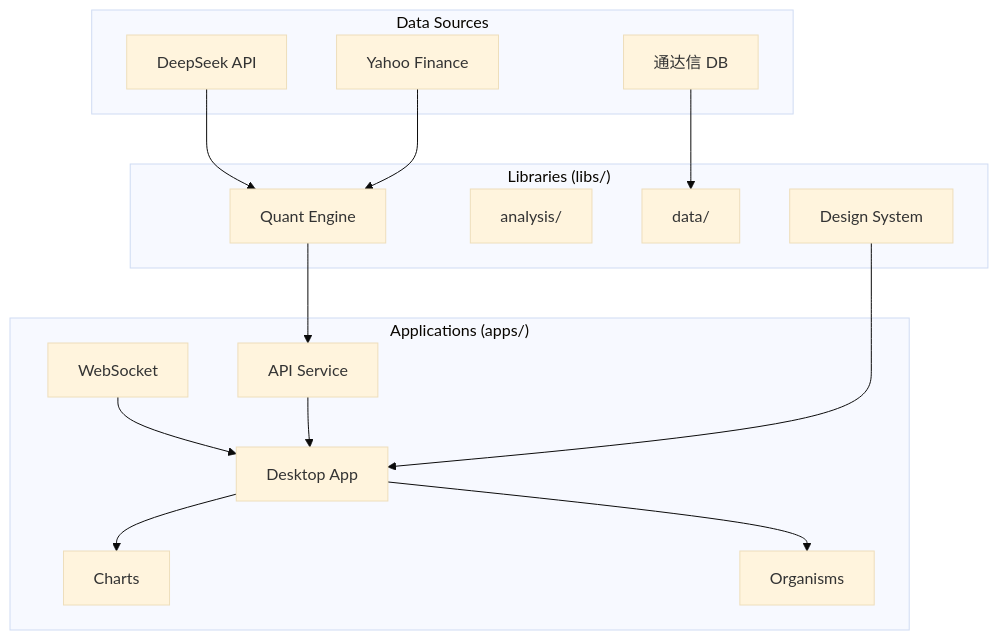
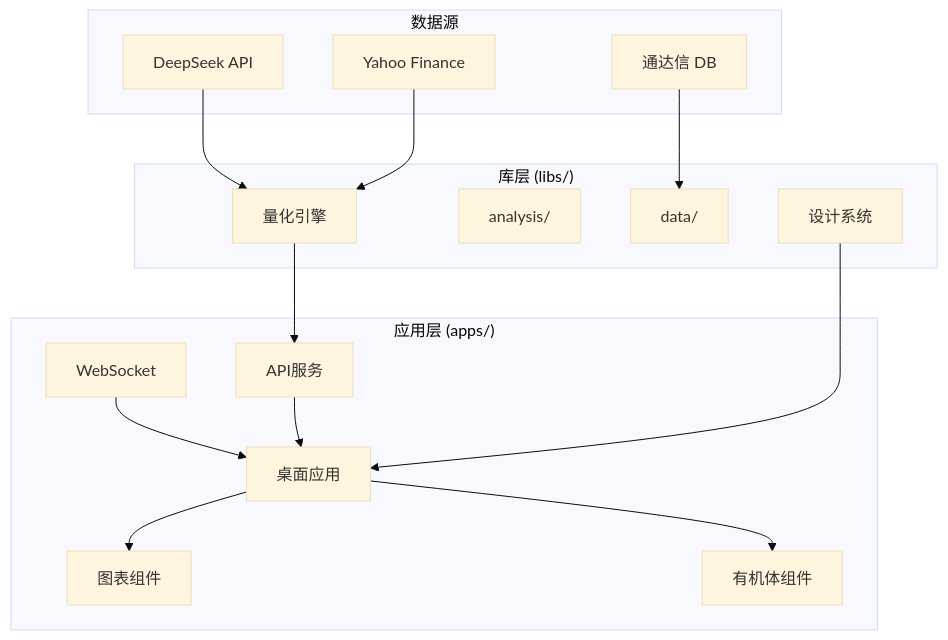
The first of 2 diagrams in memory_bank/t0_core/knowledge_graph.md (wsman/MY-DOGE-MACRO), drawn with Mermaid (base theme) before and after one commit. The commit also changed other lines of this file and 15 other files, not shown here.

`````diff
--- a/memory_bank/t0_core/knowledge_graph.md
+++ b/memory_bank/t0_core/knowledge_graph.md
@@ -59,33 +62,33 @@
 ```mermaid
 graph TD
-    subgraph "Data Sources"
+    subgraph "数据源"
         DS[DeepSeek API]
         YF[Yahoo Finance]
         TX[通达信 DB]
     end
     
-    subgraph "Libraries (libs/)"
-        QE[Quant Engine]
+    subgraph "库层 (libs/)"
+        QE[量化引擎]
         QE_A[analysis/]
         QE_D[data/]
-        DSYS[Design System]
+        DSYS[设计系统]
     end
     
-    subgraph "Applications (apps/)"
-        API[API Service]
+    subgraph "应用层 (apps/)"
+        API[API服务]
         API_WS[WebSocket]
-        DESK[Desktop App]
-        DESK_CHART[Charts]
-        DESK_ORG[Organisms]
+        DESK[桌面应用]
+        DESK_CHART[图表组件]
+        DESK_ORG[有机体组件]
     end
     
     DS --> QE
     YF --> QE
     TX --> QE_D
     QE --> API
     API_WS --> DESK
     API --> DESK
     DSYS --> DESK
     DESK --> DESK_CHART
     DESK --> DESK_ORG
-```
+````
`````
